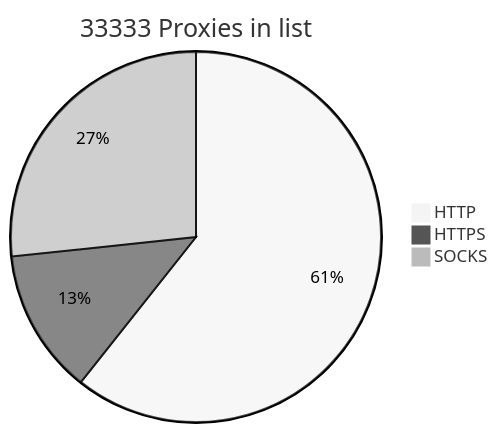
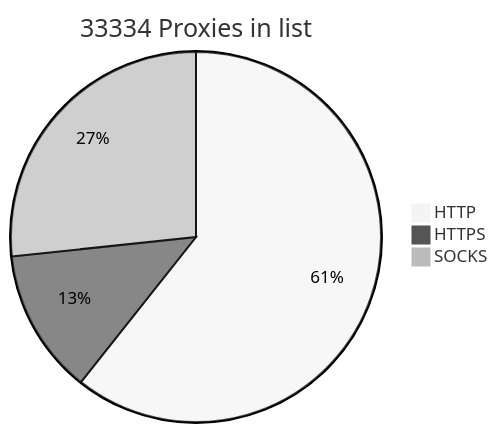
One commit to BlackSnowDot/proxylist-update-every-minute changed the diagram in README.md. Above: the diagram before and after it, drawn with Mermaid (neutral theme).

````diff
--- a/README.md
+++ b/README.md
@@ -2,6 +2,6 @@
 ```mermaid
-pie title 33333 Proxies in list
+pie title 33334 Proxies in list
     "HTTP" : 22384
-    "HTTPS": 4668
+    "HTTPS": 4669
     "SOCKS" : 9843
 ```
````
